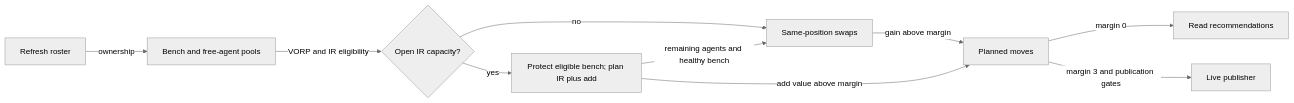
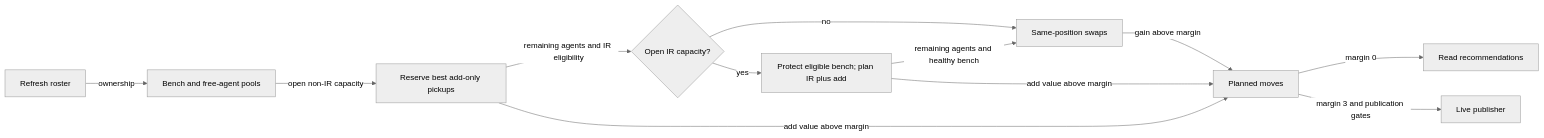
Before and after one commit to cvillarr23/fantasy-core-pipeline: the first of 2 diagrams in docs/decision-pipelines/waivers.md, drawn with Mermaid (neutral theme). The commit also changed other lines of this file and 10 other files, not shown here.

Commit message:
Recommend add-only waiver pickups for open roster slots (#272) (#274)

````diff
--- a/docs/decision-pipelines/waivers.md
+++ b/docs/decision-pipelines/waivers.md
@@ -9,12 +9,14 @@
 ```mermaid
 flowchart LR
     R[Refresh roster] -->|ownership| P[Bench and free-agent pools]
-    P -->|VORP and IR eligibility| I{Open IR capacity?}
+    P -->|open non-IR capacity| F[Reserve best add-only pickups]
+    F -->|remaining agents and IR eligibility| I{Open IR capacity?}
     I -->|yes| A[Protect eligible bench; plan IR plus add]
     I -->|no| S[Same-position swaps]
     A -->|remaining agents and healthy bench| S
     S -->|gain above margin| M[Planned moves]
     A -->|add value above margin| M
+    F -->|add value above margin| M
     M -->|margin 0| D[Read recommendations]
     M -->|margin 3 and publication gates| G[Live publisher]
 ```
````
